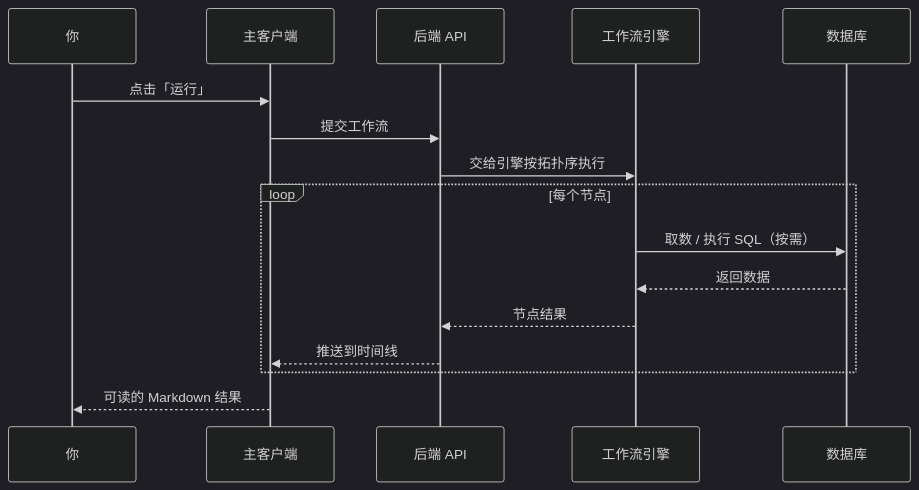
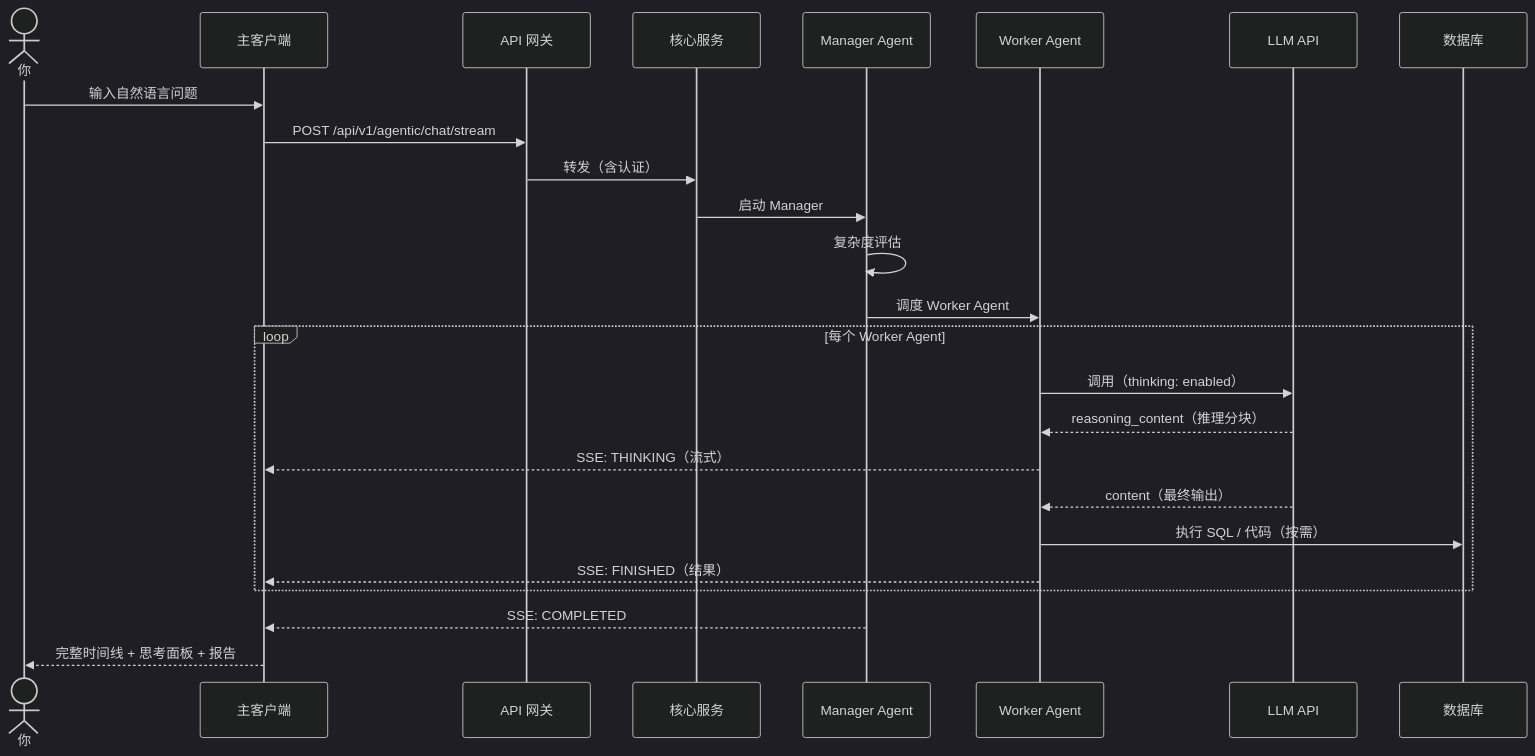
The second of 3 diagrams in sql-logic-docs/docs/constructure/overview.md (shixia9/MustBeTheSQL), drawn with Mermaid (dark theme) before and after one commit. The commit also changed other lines of this file and 11 other files, not shown here.

````diff
--- a/sql-logic-docs/docs/constructure/overview.md
+++ b/sql-logic-docs/docs/constructure/overview.md
@@ -53,18 +59,31 @@
 ```mermaid
 sequenceDiagram
-  participant U as 你
+  actor U as 你
   participant C as 主客户端
-  participant A as 后端 API
-  participant E as 工作流引擎
-  participant D as 数据库
-  U->>C: 点击「运行」
-  C->>A: 提交工作流
-  A->>E: 交给引擎按拓扑序执行
-  loop 每个节点
-    E->>D: 取数 / 执行 SQL（按需）
-    D-->>E: 返回数据
-    E-->>A: 节点结果
-    A-->>C: 推送到时间线
+  participant G as API 网关
+  participant S as 核心服务
+  participant M as Manager Agent
+  participant W as Worker Agent
+  participant LLM as LLM API
+  participant DB as 数据库
+
+  U->>C: 输入自然语言问题
+  C->>G: POST /api/v1/agentic/chat/stream
+  G->>S: 转发（含认证）
+  S->>M: 启动 Manager
+
+  M->>M: 复杂度评估
+  M->>W: 调度 Worker Agent
+
+  loop 每个 Worker Agent
+    W->>LLM: 调用（thinking: enabled）
+    LLM-->>W: reasoning_content（推理分块）
+    W-->>C: SSE: THINKING（流式）
+    LLM-->>W: content（最终输出）
+    W->>DB: 执行 SQL / 代码（按需）
+    W-->>C: SSE: FINISHED（结果）
   end
-  C-->>U: 可读的 Markdown 结果
+
+  M-->>C: SSE: COMPLETED
+  C-->>U: 完整时间线 + 思考面板 + 报告
 ```
````
